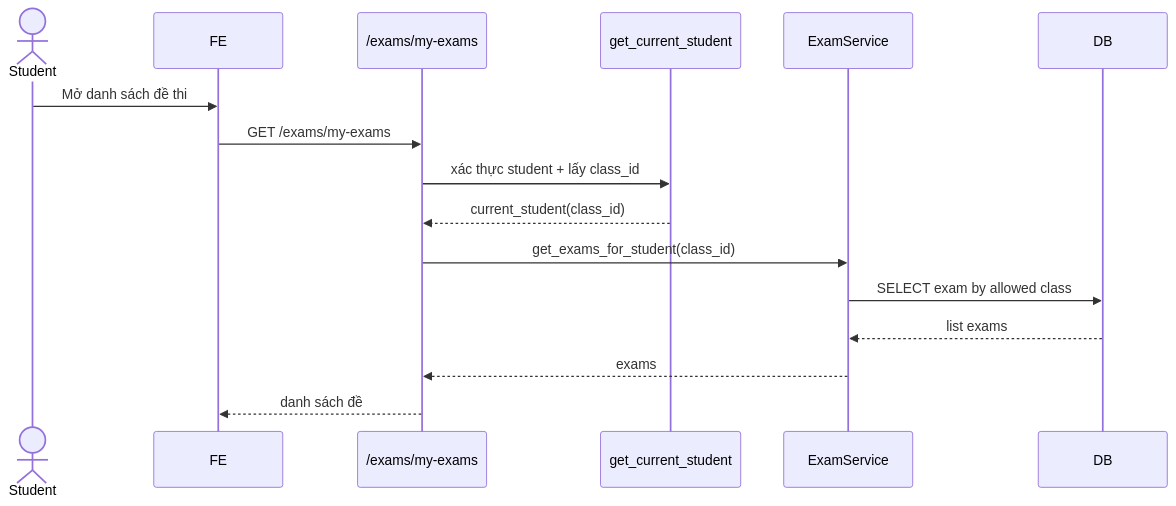
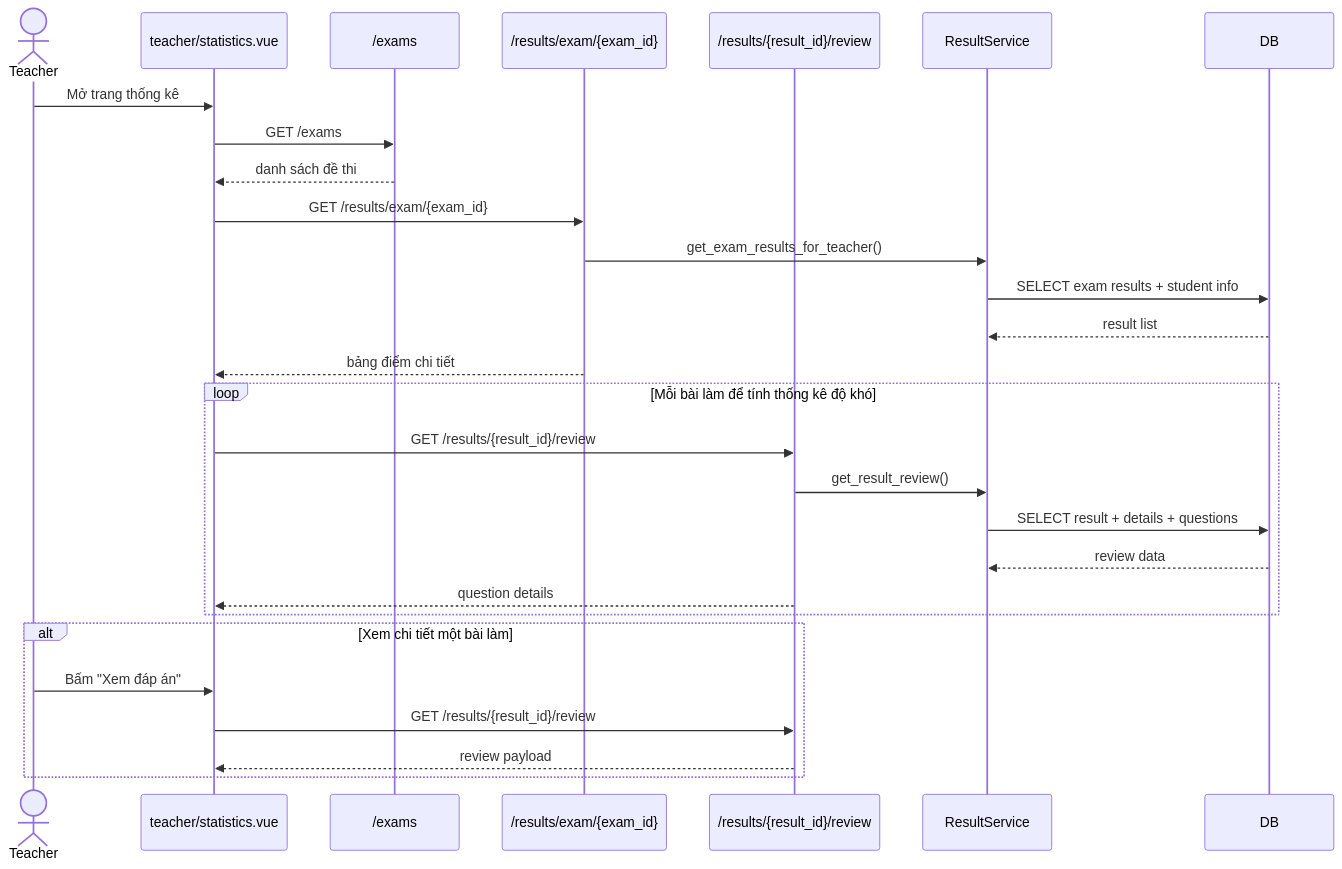
Diagram 13 of 16 in docs/UML.md (Tedomi2525/My_project), drawn with Mermaid before and after one commit. The commit also changed other lines of this file, not shown here.

````diff
--- a/docs/UML.md
+++ b/docs/UML.md
@@ -451,19 +696,33 @@
 ```mermaid
 sequenceDiagram
-actor Student
-participant FE
-participant ExamAPI as /exams/my-exams
-participant Dep as get_current_student
-participant ExamService
+actor Teacher
+participant StatisticsPage as teacher/statistics.vue
+participant ExamAPI as /exams
+participant ResultAPI as /results/exam/{exam_id}
+participant ReviewAPI as /results/{result_id}/review
+participant ResultService
 participant DB
 
-Student->>FE: Mở danh sách đề thi
-FE->>ExamAPI: GET /exams/my-exams
-ExamAPI->>Dep: xác thực student + lấy class_id
-Dep-->>ExamAPI: current_student(class_id)
-ExamAPI->>ExamService: get_exams_for_student(class_id)
-ExamService->>DB: SELECT exam by allowed class
-DB-->>ExamService: list exams
-ExamService-->>ExamAPI: exams
-ExamAPI-->>FE: danh sách đề
+Teacher->>StatisticsPage: Mở trang thống kê
+StatisticsPage->>ExamAPI: GET /exams
+ExamAPI-->>StatisticsPage: danh sách đề thi
+StatisticsPage->>ResultAPI: GET /results/exam/{exam_id}
+ResultAPI->>ResultService: get_exam_results_for_teacher()
+ResultService->>DB: SELECT exam results + student info
+DB-->>ResultService: result list
+ResultAPI-->>StatisticsPage: bảng điểm chi tiết
+
+loop Mỗi bài làm để tính thống kê độ khó
+  StatisticsPage->>ReviewAPI: GET /results/{result_id}/review
+  ReviewAPI->>ResultService: get_result_review()
+  ResultService->>DB: SELECT result + details + questions
+  DB-->>ResultService: review data
+  ReviewAPI-->>StatisticsPage: question details
+end
+
+alt Xem chi tiết một bài làm
+  Teacher->>StatisticsPage: Bấm "Xem đáp án"
+  StatisticsPage->>ReviewAPI: GET /results/{result_id}/review
+  ReviewAPI-->>StatisticsPage: review payload
+end
 ```
````
